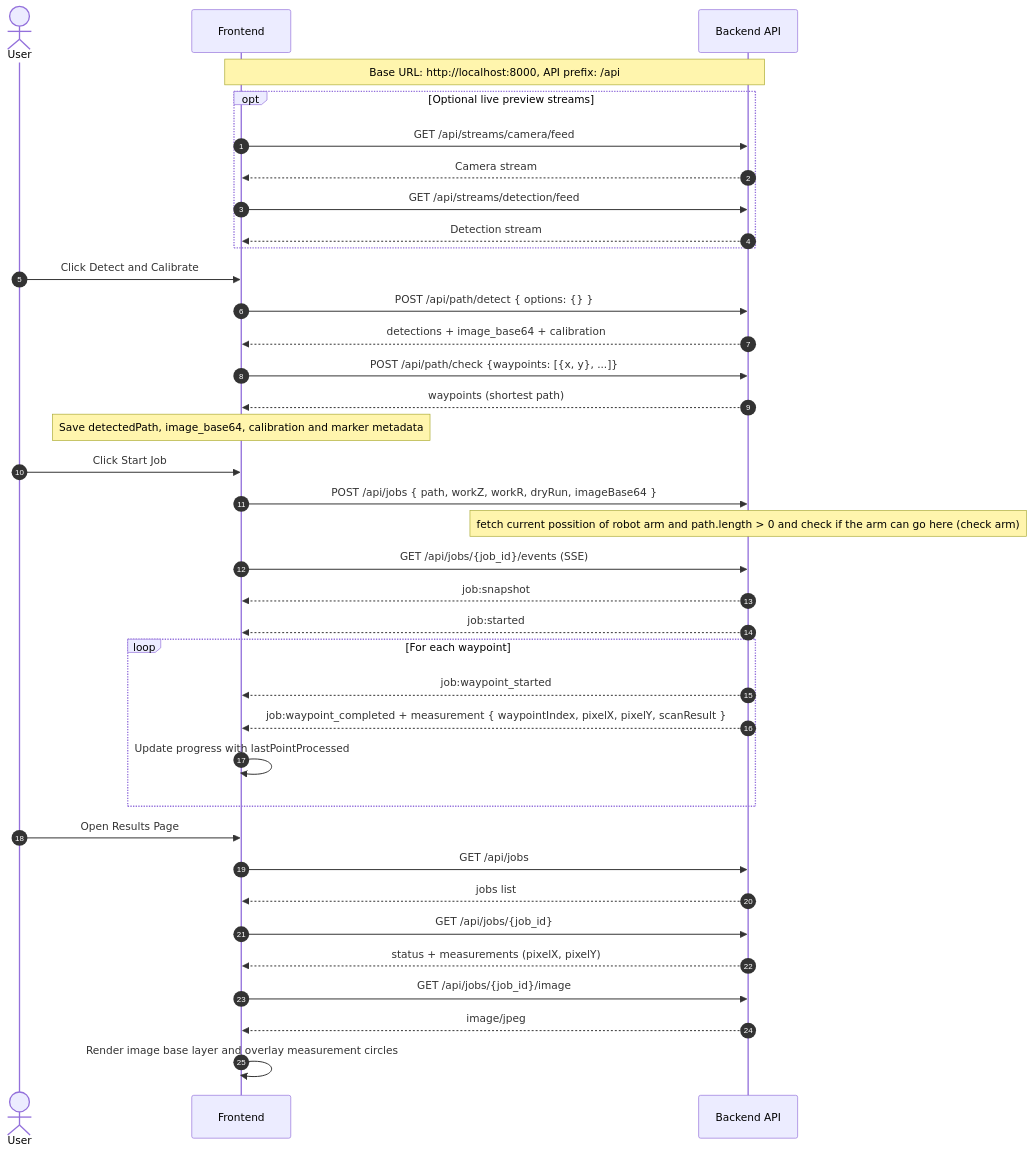
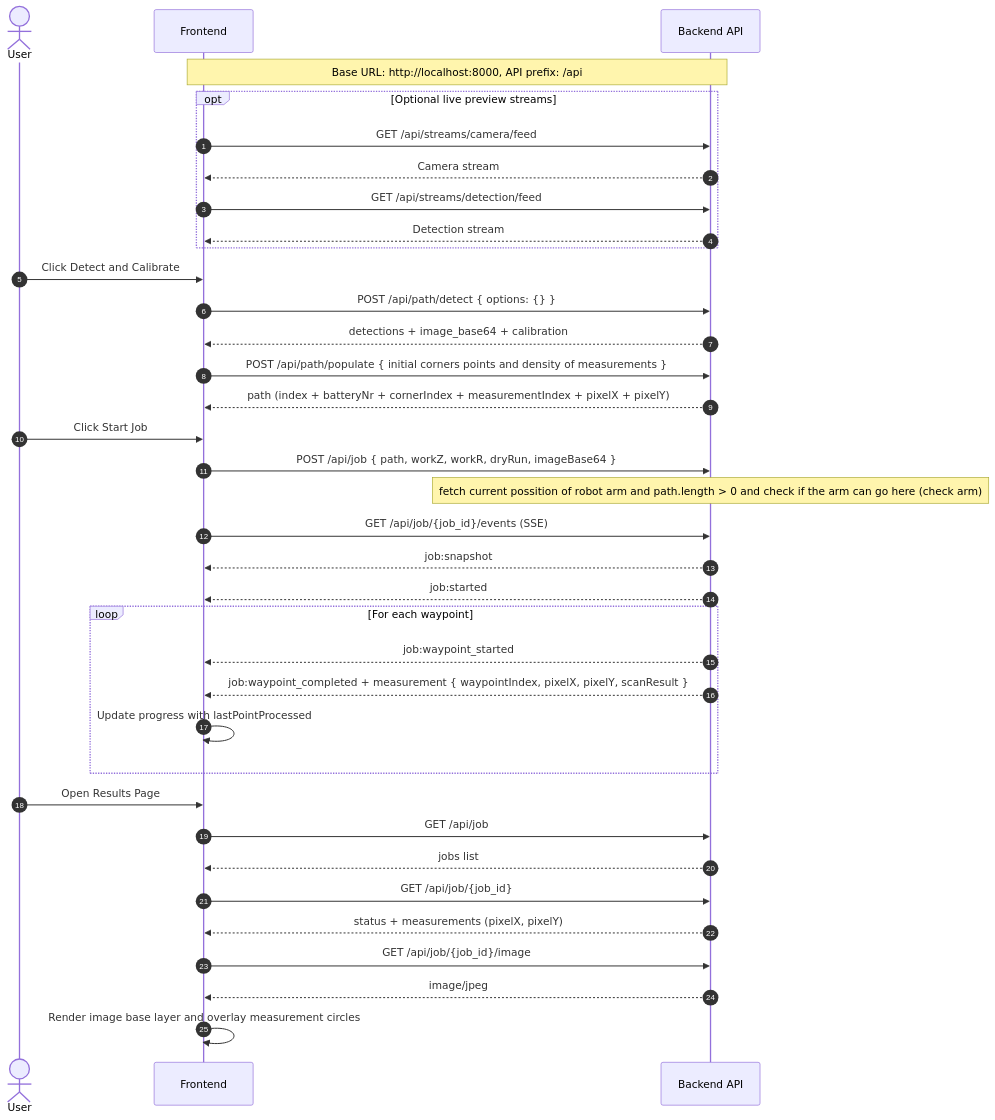
One commit to NenaBot/nenabot-backend changed the diagram in docs/frontend-integration-diagram.md. Above: the diagram before and after it, drawn with Mermaid. The commit also changed 12 other files, not shown here.

````diff
--- a/docs/frontend-integration-diagram.md
+++ b/docs/frontend-integration-diagram.md
@@ -1,47 +1,46 @@
 ```mermaid
 sequenceDiagram
     autonumber
     actor U as User
     participant FE as Frontend
     participant BE as Backend API
 
     Note over FE,BE: Base URL: http://localhost:8000, API prefix: /api
 
     opt Optional live preview streams
         FE->>BE: GET /api/streams/camera/feed
         BE-->>FE: Camera stream
         FE->>BE: GET /api/streams/detection/feed
         BE-->>FE: Detection stream
     end
 
     U->>FE: Click Detect and Calibrate
     FE->>BE: POST /api/path/detect { options: {} }
     BE-->>FE: detections + image_base64 + calibration
-    FE->>BE: POST /api/path/check {waypoints: [{x, y}, ...]}
-    BE-->>FE: waypoints (shortest path)
-    Note over FE: Save detectedPath, image_base64, calibration and marker metadata
+    FE->>BE: POST /api/path/populate { initial corners points and density of measurements }
+    BE-->>FE: path (index + batteryNr + cornerIndex + measurementIndex + pixelX + pixelY)
 
     U->>FE: Click Start Job
-    FE->>BE: POST /api/jobs { path, workZ, workR, dryRun, imageBase64 }
+    FE->>BE: POST /api/job { path, workZ, workR, dryRun, imageBase64 }
     Note over BE: fetch current possition of robot arm and path.length > 0 and check if the arm can go here (check arm)
 
 
-    FE->>BE: GET /api/jobs/{job_id}/events (SSE)
+    FE->>BE: GET /api/job/{job_id}/events (SSE)
     BE-->>FE: job:snapshot
     BE-->>FE: job:started
 
     loop For each waypoint
         BE-->>FE: job:waypoint_started
         BE-->>FE: job:waypoint_completed + measurement { waypointIndex, pixelX, pixelY, scanResult }
         FE->>FE: Update progress with lastPointProcessed
     end
 
     U->>FE: Open Results Page
-    FE->>BE: GET /api/jobs
+    FE->>BE: GET /api/job
     BE-->>FE: jobs list
-    FE->>BE: GET /api/jobs/{job_id}
+    FE->>BE: GET /api/job/{job_id}
     BE-->>FE: status + measurements (pixelX, pixelY)
-    FE->>BE: GET /api/jobs/{job_id}/image
+    FE->>BE: GET /api/job/{job_id}/image
     BE-->>FE: image/jpeg
     FE->>FE: Render image base layer and overlay measurement circles
 ```
````
